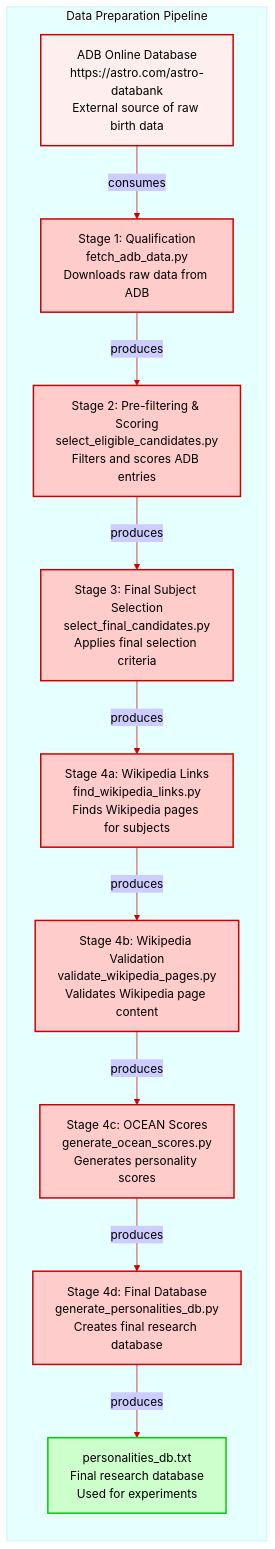
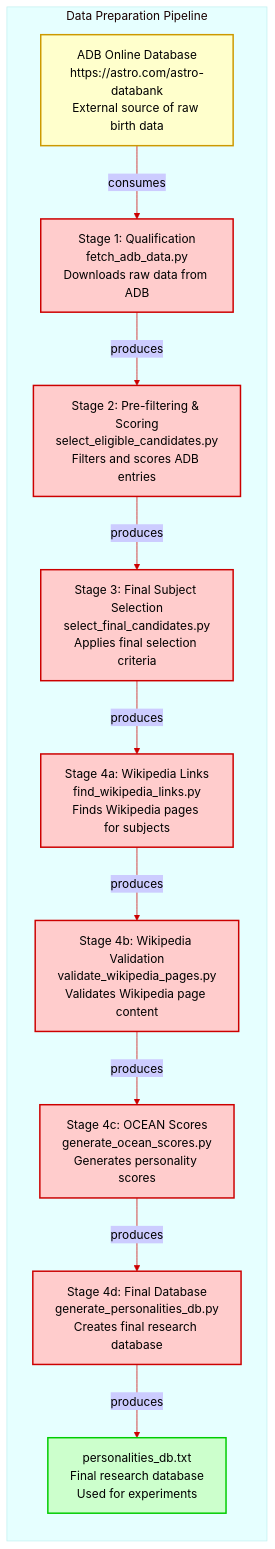
One commit to peterjmarko/llm-narrative-framework changed the diagram in docs/diagrams/flow_data_preparation_pipeline.mmd. Above: the diagram before and after it, drawn with Mermaid. The commit also changed 43 other files, not shown here.

```diff
--- a/docs/diagrams/flow_data_preparation_pipeline.mmd
+++ b/docs/diagrams/flow_data_preparation_pipeline.mmd
@@ -1,48 +1,48 @@
 %%{init: {'theme': 'base', 'themeVariables': { 'primaryColor': '#ffcccc', 'primaryTextColor': '#000000', 'primaryBorderColor': '#cc0000', 'lineColor': '#cc0000', 'sectionBkgColor': '#ffcccc', 'altSectionBkgColor': '#ffeeee', 'gridColor': '#ffdddd'}}}%%
 flowchart TD
     %% Data Preparation Pipeline
     subgraph DataPrepPipeline [Data Preparation Pipeline]
         direction TB
         
         %% External Source
         ADB[ADB Online Database<br/>https://astro.com/astro-databank<br/>External source of raw birth data]:::external
         
         %% Stage 1
         Stage1[Stage 1: Qualification<br/>fetch_adb_data.py<br/>Downloads raw data from ADB]:::stage
         
         %% Stage 2
         Stage2[Stage 2: Pre-filtering & Scoring<br/>select_eligible_candidates.py<br/>Filters and scores ADB entries]:::stage
         
         %% Stage 3
         Stage3[Stage 3: Final Subject Selection<br/>select_final_candidates.py<br/>Applies final selection criteria]:::stage
         
         %% Stage 4a
         Stage4a[Stage 4a: Wikipedia Links<br/>find_wikipedia_links.py<br/>Finds Wikipedia pages for subjects]:::stage
         
         %% Stage 4b
         Stage4b[Stage 4b: Wikipedia Validation<br/>validate_wikipedia_pages.py<br/>Validates Wikipedia page content]:::stage
         
         %% Stage 4c
         Stage4c[Stage 4c: OCEAN Scores<br/>generate_ocean_scores.py<br/>Generates personality scores]:::stage
         
         %% Stage 4d
         Stage4d[Stage 4d: Final Database<br/>generate_personalities_db.py<br/>Creates final research database]:::stage
         
         %% Final Output
         FinalDB[personalities_db.txt<br/>Final research database<br/>Used for experiments]:::output
         
         %% Connections
         ADB -->|consumes| Stage1
         Stage1 -->|produces| Stage2
         Stage2 -->|produces| Stage3
         Stage3 -->|produces| Stage4a
         Stage4a -->|produces| Stage4b
         Stage4b -->|produces| Stage4c
         Stage4c -->|produces| Stage4d
         Stage4d -->|produces| FinalDB
     end
     
     %% Class definitions
-    classDef external fill:#ffeeee,stroke:#cc0000,stroke-width:2px,color:#000000
+    classDef external fill:#ffffcc,stroke:#cc9900,stroke-width:2px,color:#000000
     classDef stage fill:#ffcccc,stroke:#cc0000,stroke-width:2px,color:#000000
     classDef output fill:#ccffcc,stroke:#00cc00,stroke-width:2px,color:#000000
```
